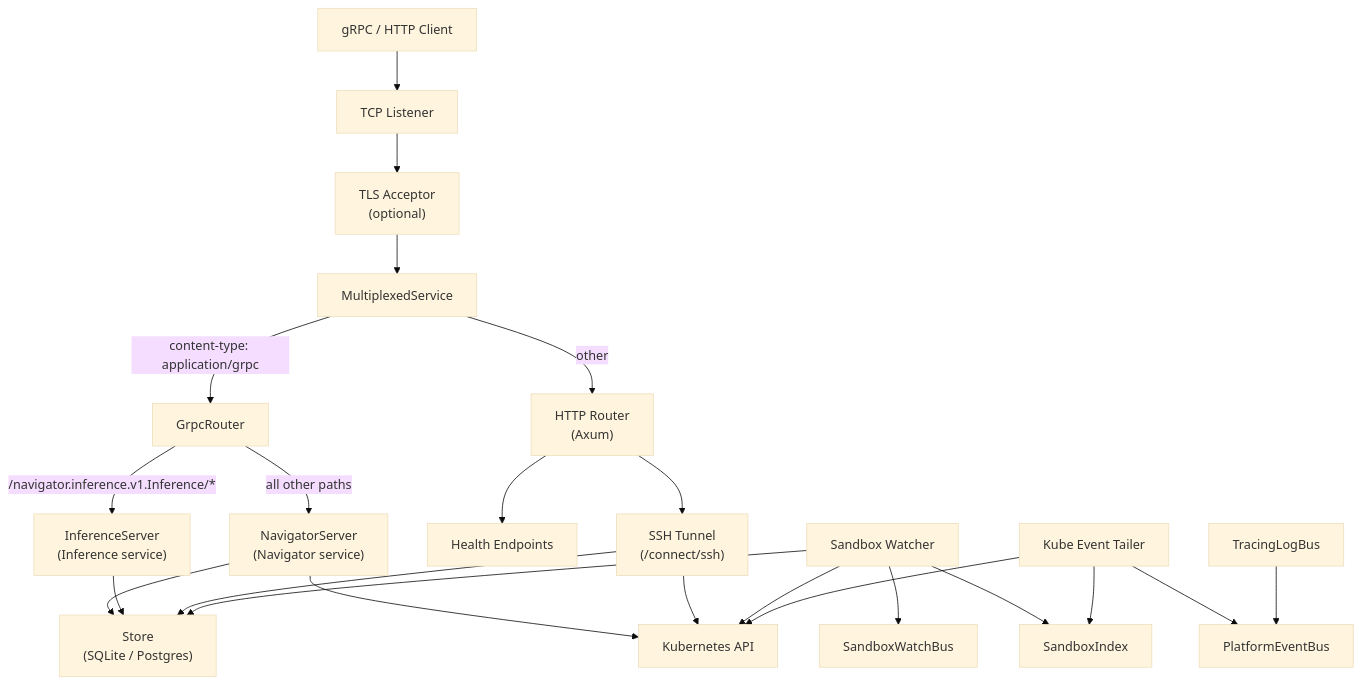
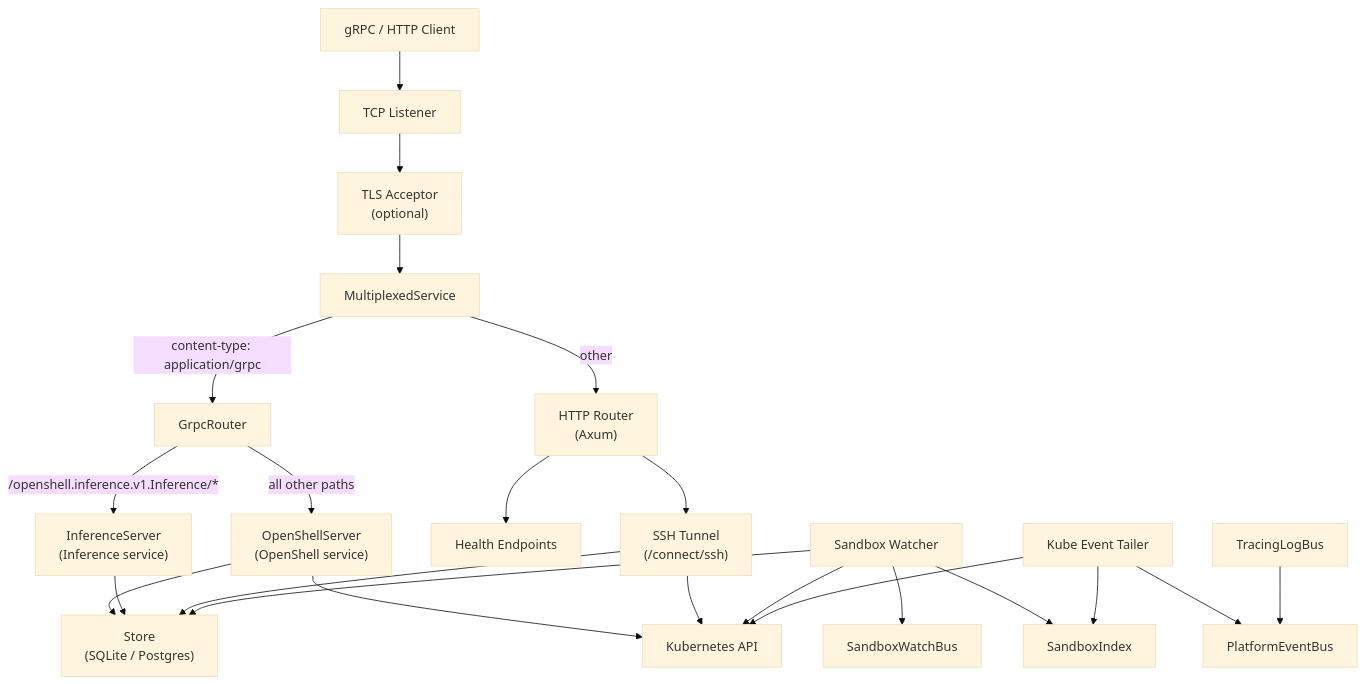
One commit to NVIDIA/OpenShell changed the first of 2 diagrams in architecture/gateway.md. Above: the diagram before and after it, drawn with Mermaid (base theme). The commit also changed other lines of this file and 283 other files, not shown here.

First line of the commit message:
refactor: rename navigator- crate prefix to openshell-

````diff
--- a/architecture/gateway.md
+++ b/architecture/gateway.md
@@ -11,44 +11,44 @@
 ```mermaid
 graph TD
     Client["gRPC / HTTP Client"]
     TCP["TCP Listener"]
     TLS["TLS Acceptor<br/>(optional)"]
     MUX["MultiplexedService"]
     GRPC_ROUTER["GrpcRouter"]
-    NAV["NavigatorServer<br/>(Navigator service)"]
+    NAV["OpenShellServer<br/>(OpenShell service)"]
     INF["InferenceServer<br/>(Inference service)"]
     HTTP["HTTP Router<br/>(Axum)"]
     HEALTH["Health Endpoints"]
     SSH_TUNNEL["SSH Tunnel<br/>(/connect/ssh)"]
     STORE["Store<br/>(SQLite / Postgres)"]
     K8S["Kubernetes API"]
     WATCHER["Sandbox Watcher"]
     EVENT_TAILER["Kube Event Tailer"]
     WATCH_BUS["SandboxWatchBus"]
     LOG_BUS["TracingLogBus"]
     PLAT_BUS["PlatformEventBus"]
     INDEX["SandboxIndex"]
 
     Client --> TCP
     TCP --> TLS
     TLS --> MUX
     MUX -->|"content-type: application/grpc"| GRPC_ROUTER
     MUX -->|"other"| HTTP
-    GRPC_ROUTER -->|"/navigator.inference.v1.Inference/*"| INF
+    GRPC_ROUTER -->|"/openshell.inference.v1.Inference/*"| INF
     GRPC_ROUTER -->|"all other paths"| NAV
     HTTP --> HEALTH
     HTTP --> SSH_TUNNEL
     NAV --> STORE
     NAV --> K8S
     INF --> STORE
     SSH_TUNNEL --> STORE
     SSH_TUNNEL --> K8S
     WATCHER --> K8S
     WATCHER --> STORE
     WATCHER --> WATCH_BUS
     WATCHER --> INDEX
     EVENT_TAILER --> K8S
     EVENT_TAILER --> PLAT_BUS
     EVENT_TAILER --> INDEX
     LOG_BUS --> PLAT_BUS
 ```
````
